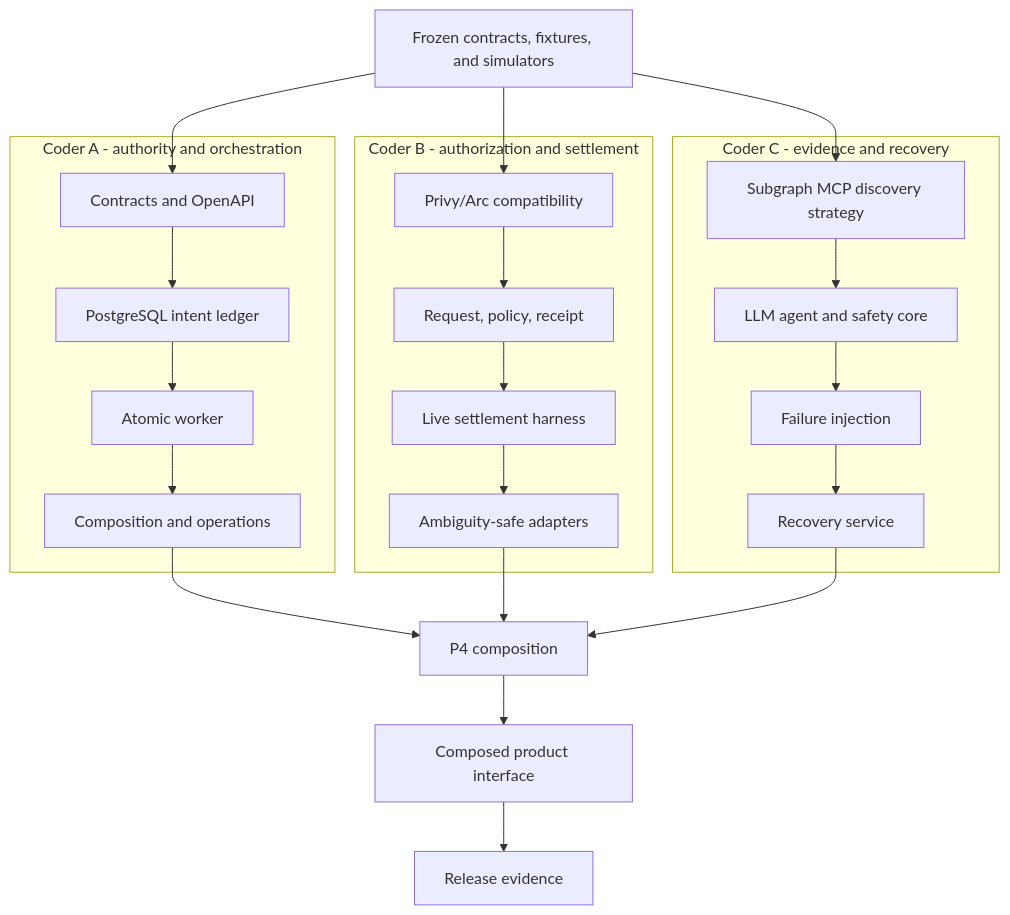
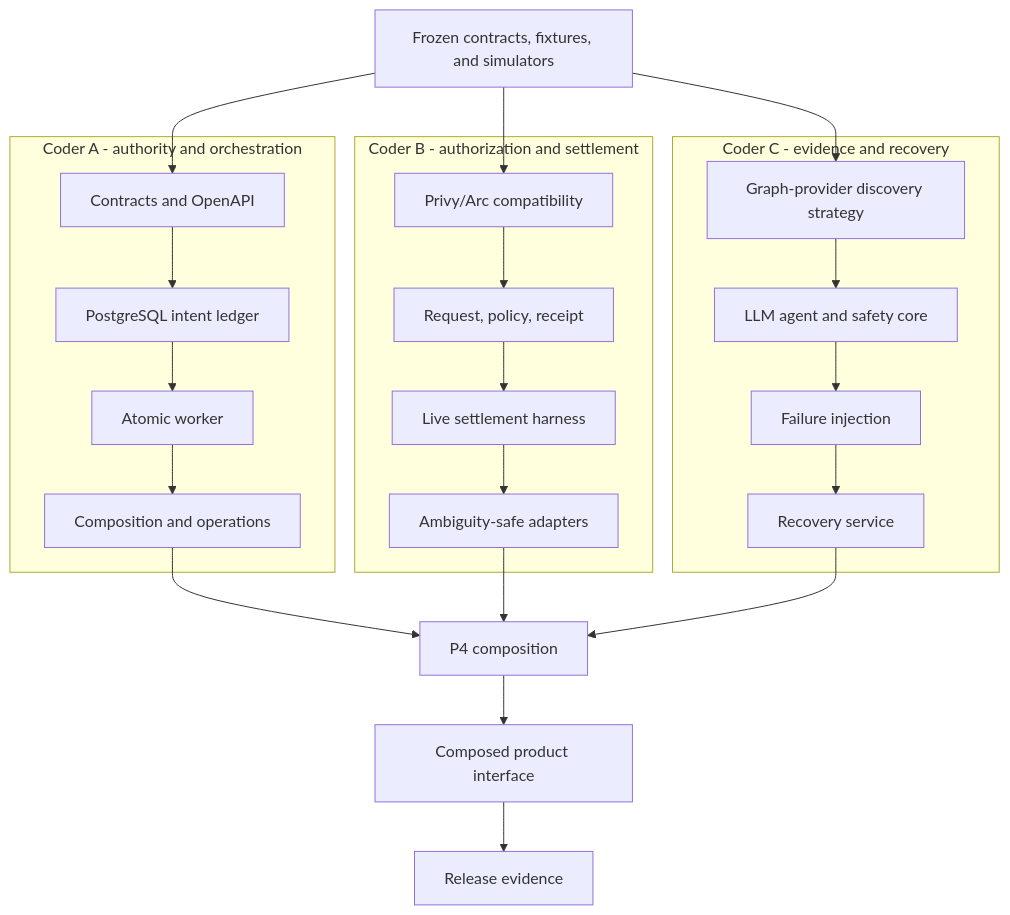
The seventh of 7 diagrams in docs/DOMAIN_ARCHITECTURE.md (SWOFART/OneShot), drawn with Mermaid before and after one commit. The commit also changed other lines of this file and 59 other files, not shown here.

Commit message:
feat: implement Graph Studio agent recovery

````diff
--- a/docs/DOMAIN_ARCHITECTURE.md
+++ b/docs/DOMAIN_ARCHITECTURE.md
@@ -253,37 +258,37 @@
 ```mermaid
 flowchart TB
     Contracts[Frozen contracts, fixtures, and simulators]
 
     subgraph A[Coder A - authority and orchestration]
       A1[Contracts and OpenAPI]
       A2[PostgreSQL intent ledger]
       A3[Atomic worker]
       A4[Composition and operations]
       A1 --> A2 --> A3 --> A4
     end
 
     subgraph B[Coder B - authorization and settlement]
       B1[Privy/Arc compatibility]
       B2[Request, policy, receipt]
       B3[Live settlement harness]
       B4[Ambiguity-safe adapters]
       B1 --> B2 --> B3 --> B4
     end
 
     subgraph C[Coder C - evidence and recovery]
-      C1[Subgraph MCP discovery strategy]
+      C1[Graph-provider discovery strategy]
       C2[LLM agent and safety core]
       C3[Failure injection]
       C4[Recovery service]
       C1 --> C2 --> C3 --> C4
     end
 
     Contracts --> A1
     Contracts --> B1
     Contracts --> C1
     A4 --> P4[P4 composition]
     B4 --> P4
     C4 --> P4
     P4 --> UI[Composed product interface]
     UI --> Release[Release evidence]
 ```
````
